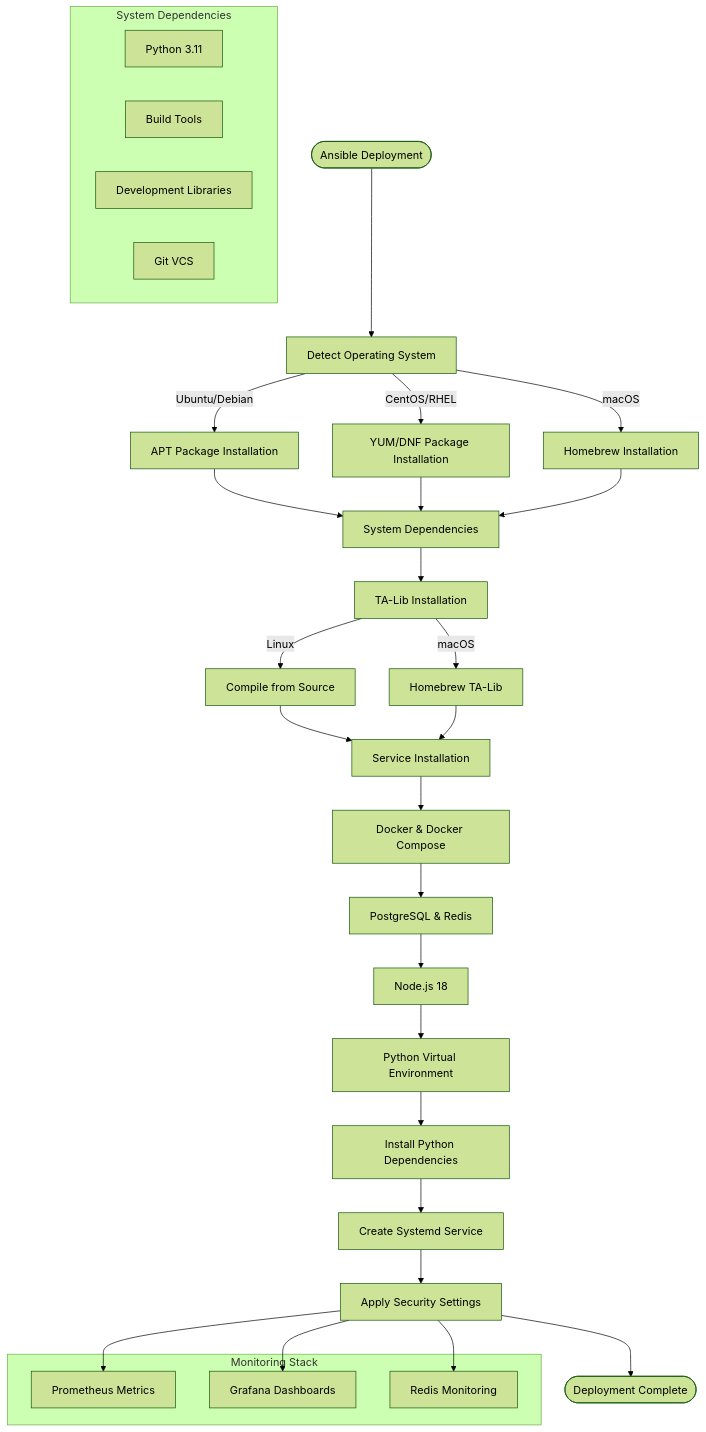
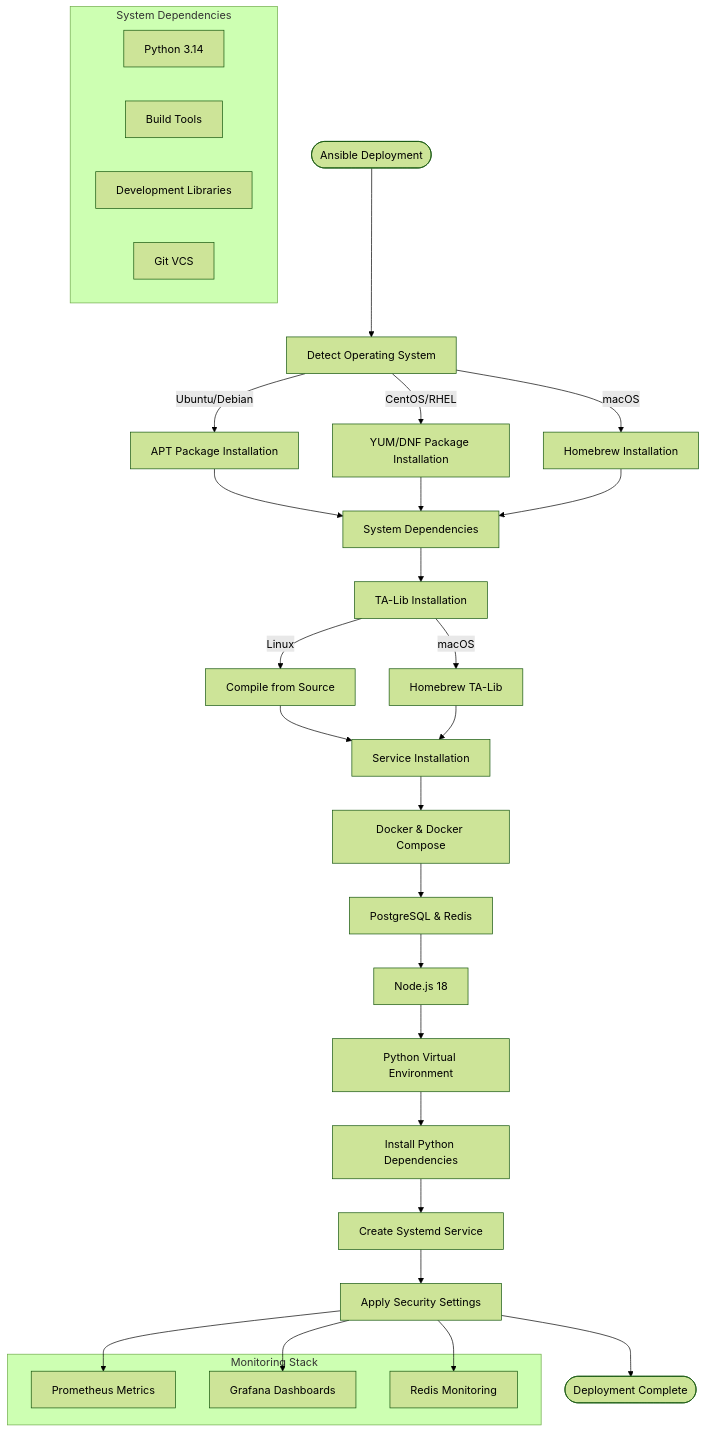
The seventh of 7 diagrams in README.md (cluster2600/ELVIS), drawn with Mermaid (forest theme) before and after one commit. The commit also changed other lines of this file and 221 other files, not shown here.

````diff
--- a/README.md
+++ b/README.md
@@ -710,44 +710,44 @@
 ```mermaid
 flowchart TD
     Start([Ansible Deployment]) --> CheckOS[Detect Operating System]
     CheckOS --> |Ubuntu/Debian| AptInstall[APT Package Installation]
     CheckOS --> |CentOS/RHEL| YumInstall[YUM/DNF Package Installation]  
     CheckOS --> |macOS| BrewInstall[Homebrew Installation]
     
     AptInstall --> SysDeps[System Dependencies]
     YumInstall --> SysDeps
     BrewInstall --> SysDeps
     
     SysDeps --> TALib[TA-Lib Installation]
     TALib --> |Linux| CompileSource[Compile from Source]
     TALib --> |macOS| BrewTALib[Homebrew TA-Lib]
     
     CompileSource --> Services[Service Installation]
     BrewTALib --> Services
     
     Services --> Docker[Docker & Docker Compose]
     Docker --> Databases[PostgreSQL & Redis]
     Databases --> NodeJS[Node.js 18]
     NodeJS --> PythonEnv[Python Virtual Environment]
     PythonEnv --> Dependencies[Install Python Dependencies]
     Dependencies --> SystemdService[Create Systemd Service]
     SystemdService --> Security[Apply Security Settings]
     Security --> Complete([Deployment Complete])
     
     subgraph "System Dependencies"
-        Python311[Python 3.11]
+        Python314[Python 3.14]
         BuildTools[Build Tools]
         DevLibs[Development Libraries]
         Git[Git VCS]
     end
     
     subgraph "Monitoring Stack"
         Prometheus[Prometheus Metrics]
         Grafana[Grafana Dashboards]
         RedisMonitor[Redis Monitoring]
     end
     
     Security --> Prometheus
     Security --> Grafana
     Security --> RedisMonitor
 ```
````
